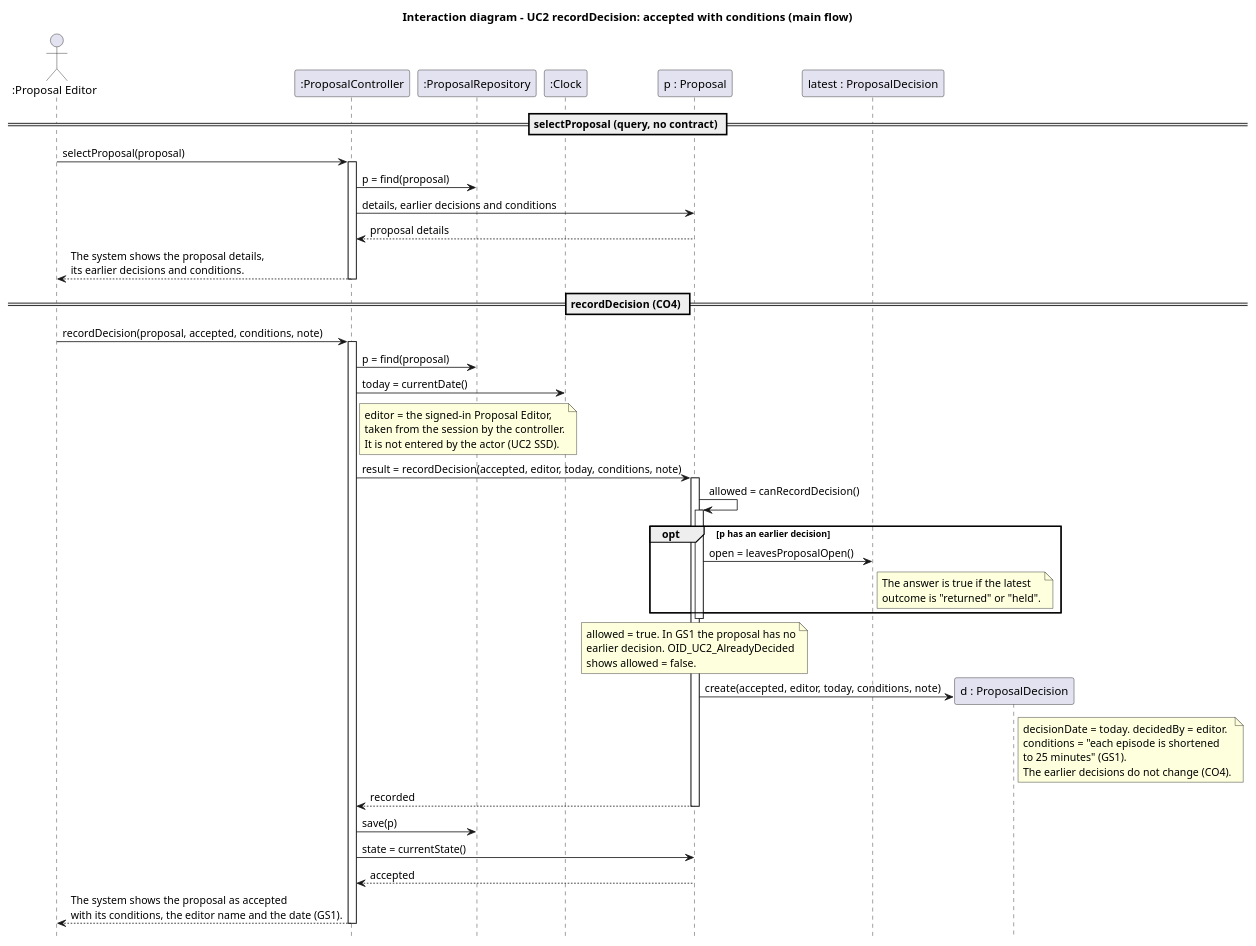
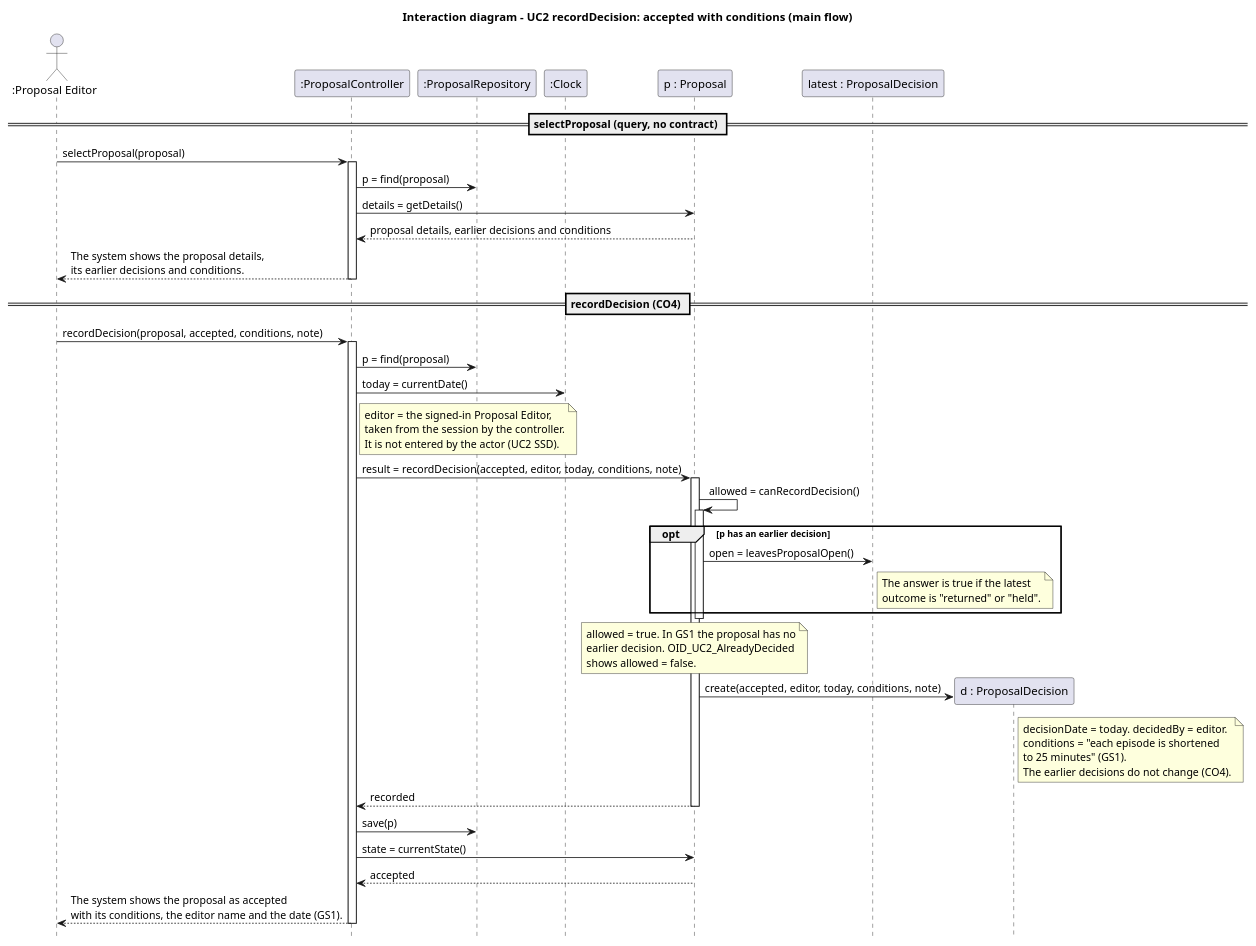
The diagram in Diagrams/Object_Interaction_Diagrams/OID_UC2_Accepted.puml (JanArnoCoetzer/Local-Podcast-Production-Service-myrepo), drawn with PlantUML before and after one commit. The commit also changed 10 other files, not shown here.

```diff
--- a/Diagrams/Object_Interaction_Diagrams/OID_UC2_Accepted.puml
+++ b/Diagrams/Object_Interaction_Diagrams/OID_UC2_Accepted.puml
@@ -1,61 +1,61 @@
 @startuml OID_UC2_Accepted
 title Interaction diagram - UC2 recordDecision: accepted with conditions (main flow)
 hide footbox
 
 ' Section A, UC2 main flow (Rani). This diagram agrees with CO4, the Section A CRC cards (#28),
 ' GRASP (#32), the UC2 SSD (#21) and the alternative-flow diagrams (#37).
 ' Scenario: GS1 Proposal accepted with a condition
 actor ":Proposal Editor" as PE
 participant ":ProposalController" as PCtl
 participant ":ProposalRepository" as Repo
 participant ":Clock" as Clk
 participant "p : Proposal" as P
 participant "latest : ProposalDecision" as L
 participant "d : ProposalDecision" as D
 
 == selectProposal (query, no contract) ==
 
 PE -> PCtl : selectProposal(proposal)
 activate PCtl
 PCtl -> Repo : p = find(proposal)
-PCtl -> P : details, earlier decisions and conditions
-P --> PCtl : proposal details
+PCtl -> P : details = getDetails()
+P --> PCtl : proposal details, earlier decisions and conditions
 PCtl --> PE : The system shows the proposal details,\nits earlier decisions and conditions.
 deactivate PCtl
 
 == recordDecision (CO4) ==
 
 PE -> PCtl : recordDecision(proposal, accepted, conditions, note)
 activate PCtl
 PCtl -> Repo : p = find(proposal)
 PCtl -> Clk : today = currentDate()
 note right of PCtl
   editor = the signed-in Proposal Editor,
   taken from the session by the controller.
   It is not entered by the actor (UC2 SSD).
 end note
 PCtl -> P : result = recordDecision(accepted, editor, today, conditions, note)
 activate P
 P -> P : allowed = canRecordDecision()
 activate P
 opt p has an earlier decision
   P -> L : open = leavesProposalOpen()
   note right of L : The answer is true if the latest\noutcome is "returned" or "held".
 end
 deactivate P
 note over P : allowed = true. In GS1 the proposal has no\nearlier decision. OID_UC2_AlreadyDecided\nshows allowed = false.
 P -> D ** : create(accepted, editor, today, conditions, note)
 note right of D
   decisionDate = today. decidedBy = editor.
   conditions = "each episode is shortened
   to 25 minutes" (GS1).
   The earlier decisions do not change (CO4).
 end note
 P --> PCtl : recorded
 deactivate P
 PCtl -> Repo : save(p)
 PCtl -> P : state = currentState()
 P --> PCtl : accepted
 PCtl --> PE : The system shows the proposal as accepted\nwith its conditions, the editor name and the date (GS1).
 deactivate PCtl
 @enduml
```
